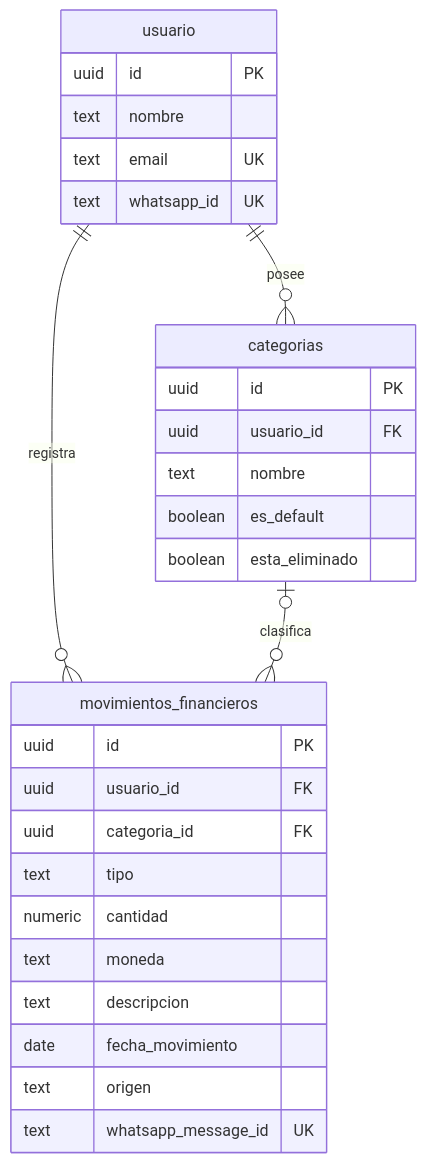
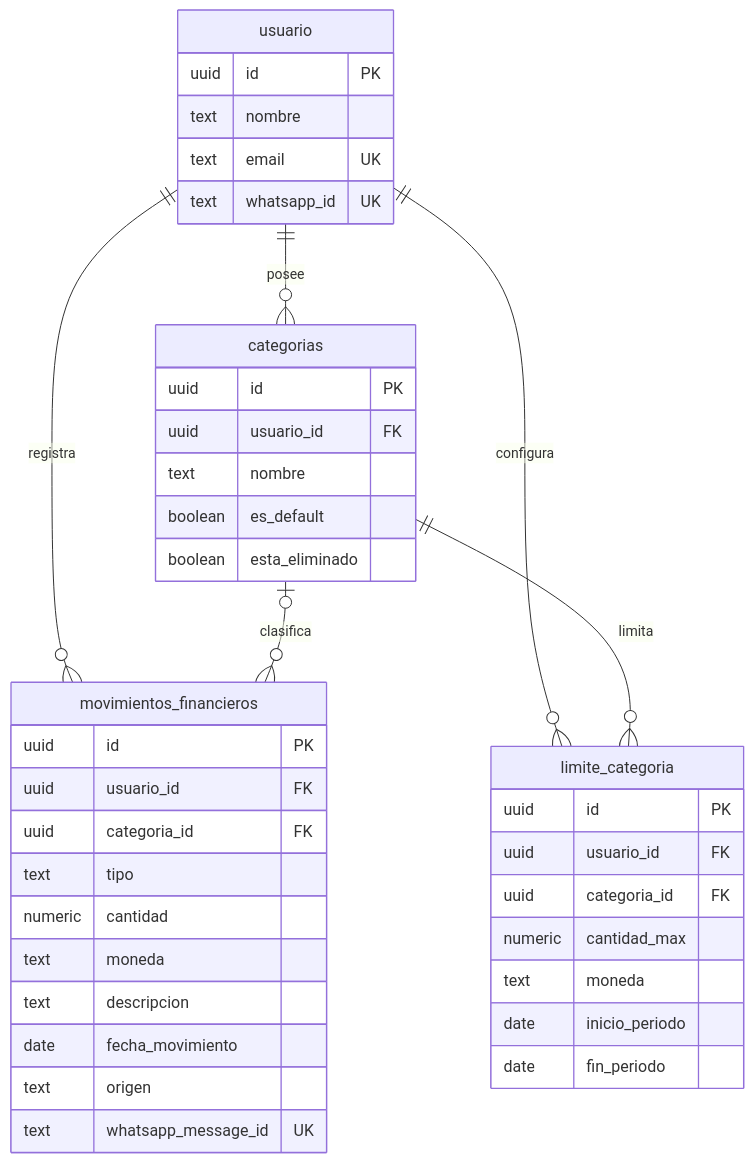
Before and after one commit to blob1618/grumium: the diagram in docs/database.md, drawn with Mermaid. The commit also changed other lines of this file and 25 other files, not shown here.

````diff
--- a/docs/database.md
+++ b/docs/database.md
@@ -62,34 +70,46 @@
 ```mermaid
 erDiagram
     usuario {
         uuid id PK
         text nombre
         text email UK
         text whatsapp_id UK
     }
 
     categorias {
         uuid id PK
         uuid usuario_id FK
         text nombre
         boolean es_default
         boolean esta_eliminado
     }
 
     movimientos_financieros {
         uuid id PK
         uuid usuario_id FK
         uuid categoria_id FK
         text tipo
         numeric cantidad
         text moneda
         text descripcion
         date fecha_movimiento
         text origen
         text whatsapp_message_id UK
     }
 
+    limite_categoria {
+        uuid id PK
+        uuid usuario_id FK
+        uuid categoria_id FK
+        numeric cantidad_max
+        text moneda
+        date inicio_periodo
+        date fin_periodo
+    }
+
     usuario ||--o{ categorias : posee
     usuario ||--o{ movimientos_financieros : registra
     categorias o|--o{ movimientos_financieros : clasifica
+    usuario ||--o{ limite_categoria : configura
+    categorias ||--o{ limite_categoria : limita
 ```
````
